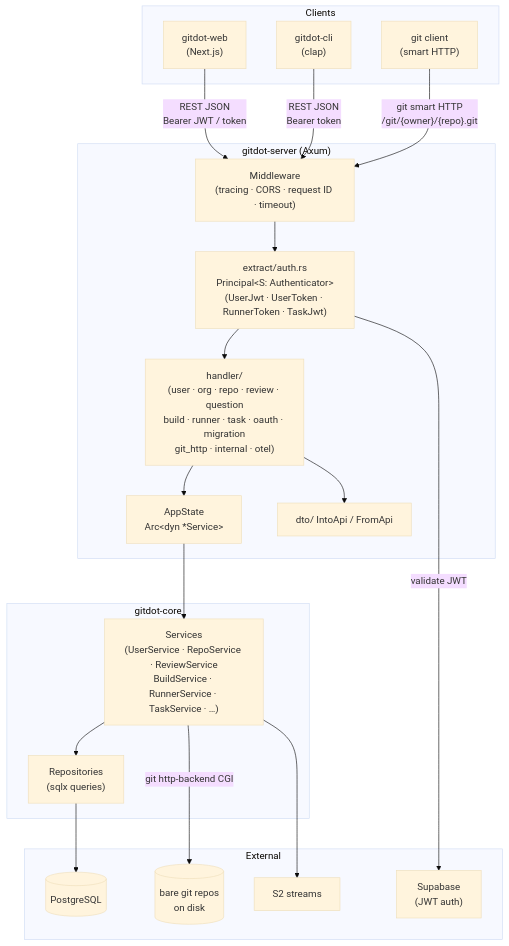
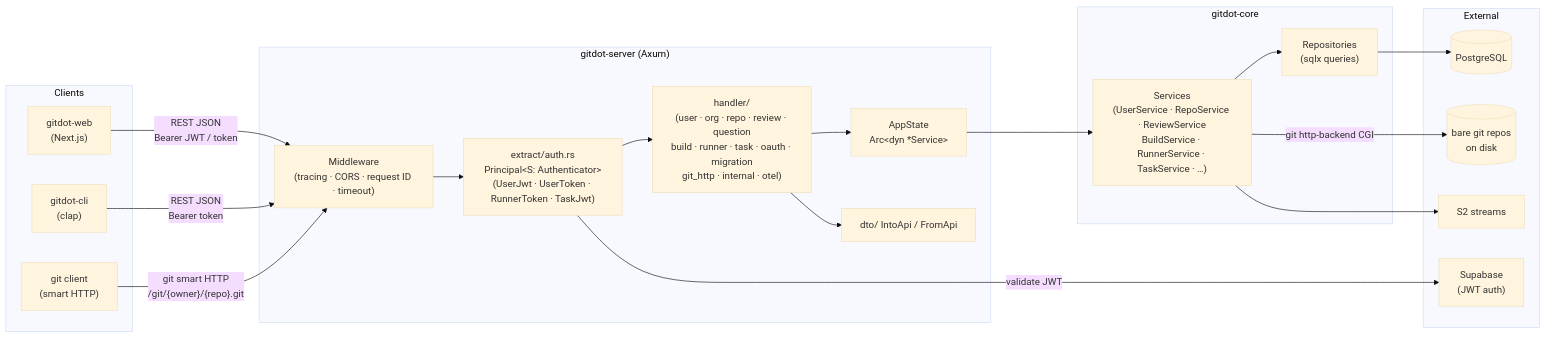
Before and after one commit to bkdevs/gitdot: the diagram in gitdot-server/README.md, drawn with Mermaid (base theme). The commit also changed 3 other files, not shown here.

````diff
--- a/gitdot-server/README.md
+++ b/gitdot-server/README.md
@@ -5,43 +5,43 @@
 ```mermaid
-graph TD
+graph LR
     subgraph Clients
         WEB["gitdot-web\n(Next.js)"]
         CLI["gitdot-cli\n(clap)"]
         GIT["git client\n(smart HTTP)"]
     end
 
     subgraph gitdot-server["gitdot-server (Axum)"]
         MW["Middleware\n(tracing · CORS · request ID · timeout)"]
         AUTH["extract/auth.rs\nPrincipal&lt;S: Authenticator&gt;\n(UserJwt · UserToken · RunnerToken · TaskJwt)"]
         HANDLER["handler/\n(user · org · repo · review · question\nbuild · runner · task · oauth · migration\ngit_http · internal · otel)"]
         DTO["dto/  IntoApi / FromApi"]
         STATE["AppState\nArc&lt;dyn *Service&gt;"]
     end
 
     subgraph gitdot-core["gitdot-core"]
         SVC["Services\n(UserService · RepoService · ReviewService\nBuildService · RunnerService · TaskService · …)"]
         REPO["Repositories\n(sqlx queries)"]
     end
 
     subgraph External
         PG[("PostgreSQL")]
         GIT_FS[("bare git repos\non disk")]
         SUPABASE["Supabase\n(JWT auth)"]
         S2["S2 streams"]
     end
 
     WEB -->|"REST JSON\nBearer JWT / token"| MW
     CLI -->|"REST JSON\nBearer token"| MW
     GIT -->|"git smart HTTP\n/git/{owner}/{repo}.git"| MW
 
     MW --> AUTH
     AUTH --> HANDLER
     HANDLER --> STATE
     HANDLER --> DTO
     STATE --> SVC
     SVC --> REPO
     REPO --> PG
     SVC -->|"git http-backend CGI"| GIT_FS
     SVC --> S2
     AUTH -->|"validate JWT"| SUPABASE
 ```
````
